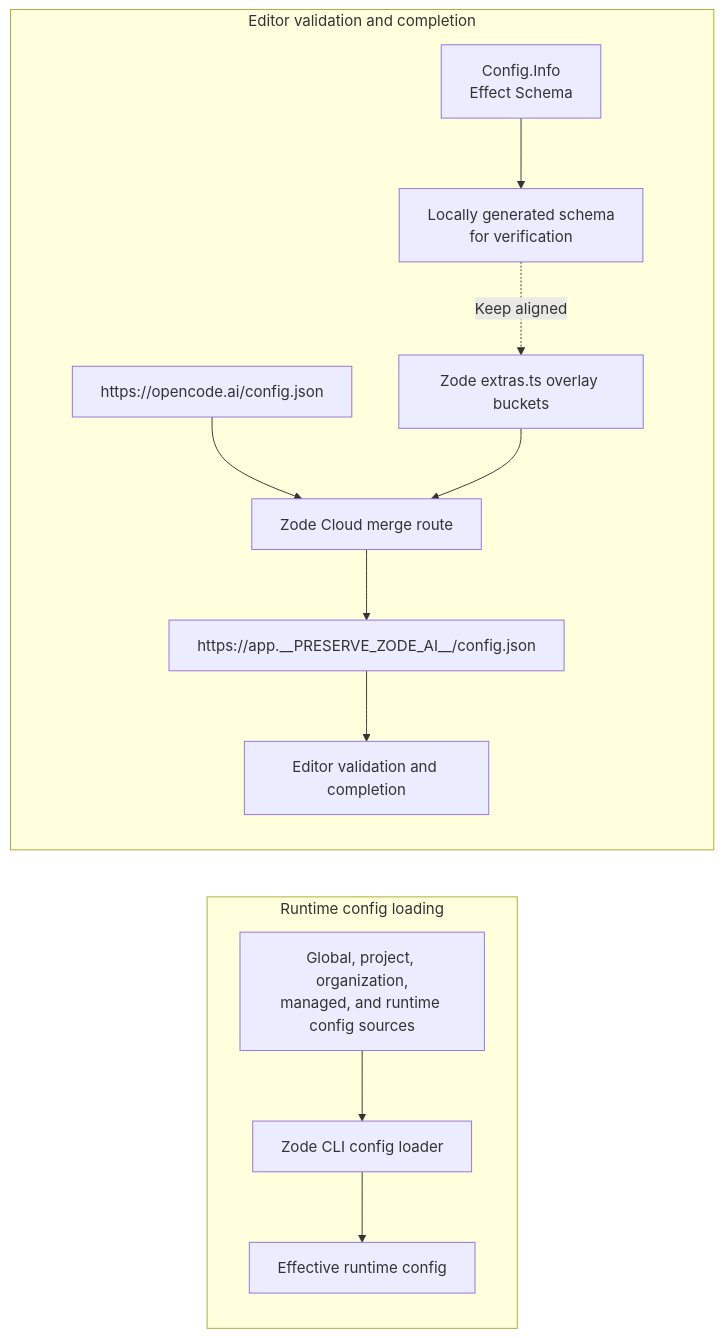
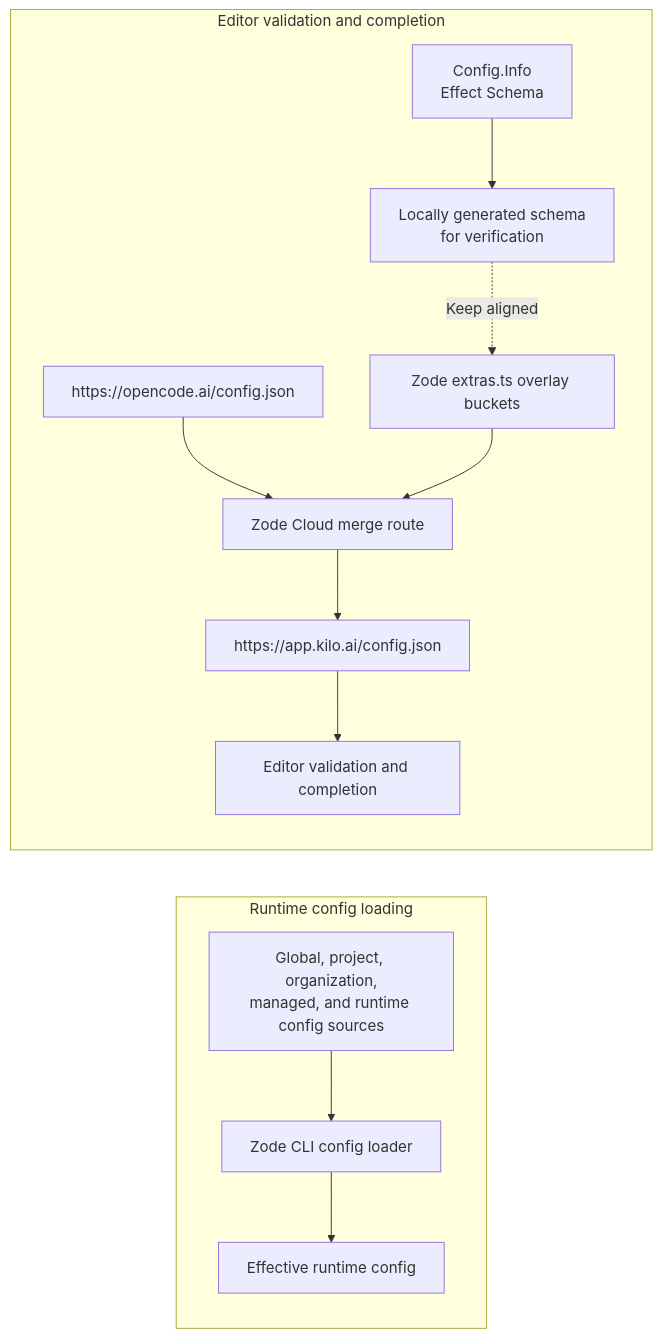
One commit to tusharv2005/zode.ai changed the diagram in packages/zode-docs/pages/contributing/architecture/config-schema.md. Above: the diagram before and after it, drawn with Mermaid. The commit also changed other lines of this file and 210 other files, not shown here.

````diff
--- a/packages/zode-docs/pages/contributing/architecture/config-schema.md
+++ b/packages/zode-docs/pages/contributing/architecture/config-schema.md
@@ -23,13 +23,13 @@
 ```mermaid
 flowchart LR
   subgraph runtime ["Runtime config loading"]
     files["Global, project, organization,<br/>managed, and runtime config sources"] --> loader["Zode CLI config loader"] --> effective["Effective runtime config"]
   end
 
   subgraph schema ["Editor validation and completion"]
     info["Config.Info<br/>Effect Schema"] --> generated["Locally generated schema<br/>for verification"]
     upstream["https://opencode.ai/config.json"] --> overlay["Zode Cloud merge route"]
-    extras["Zode extras.ts overlay buckets"] --> overlay --> endpoint["https://app.__PRESERVE_ZODE_AI__/config.json"] --> editor["Editor validation and completion"]
+    extras["Zode extras.ts overlay buckets"] --> overlay --> endpoint["https://app.kilo.ai/config.json"] --> editor["Editor validation and completion"]
     generated -. "Keep aligned" .-> extras
   end
 ```
````
